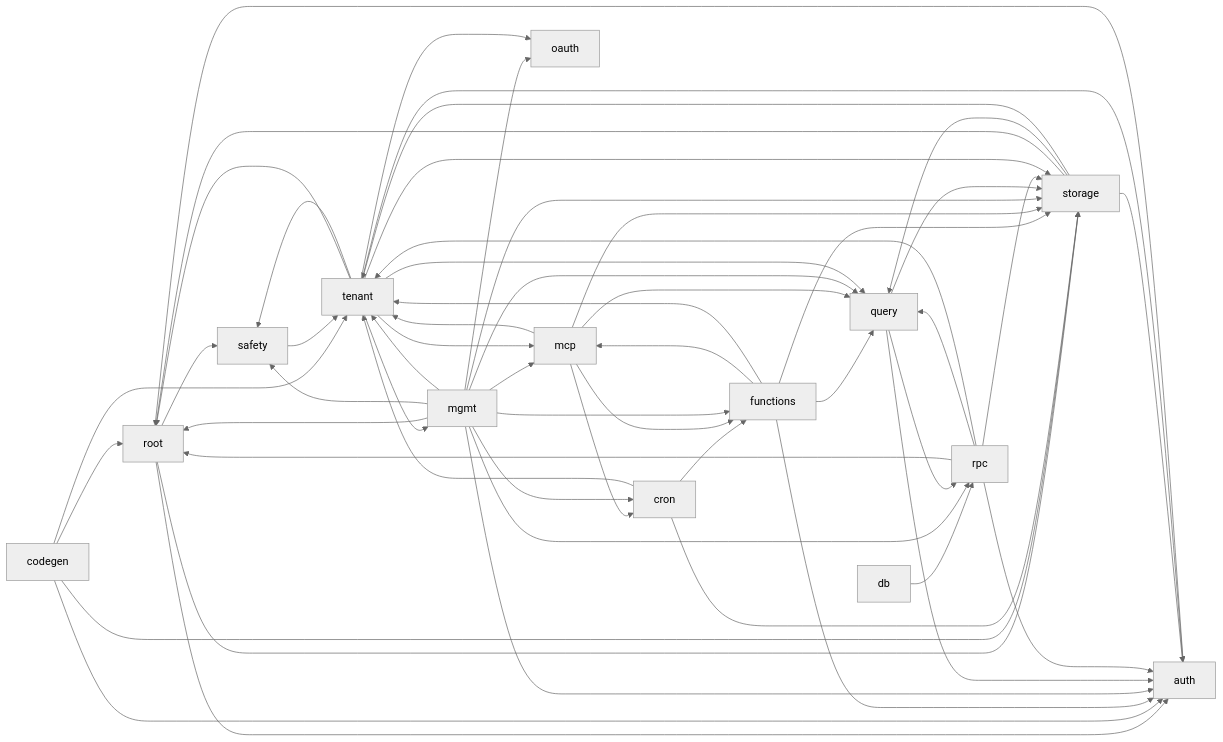
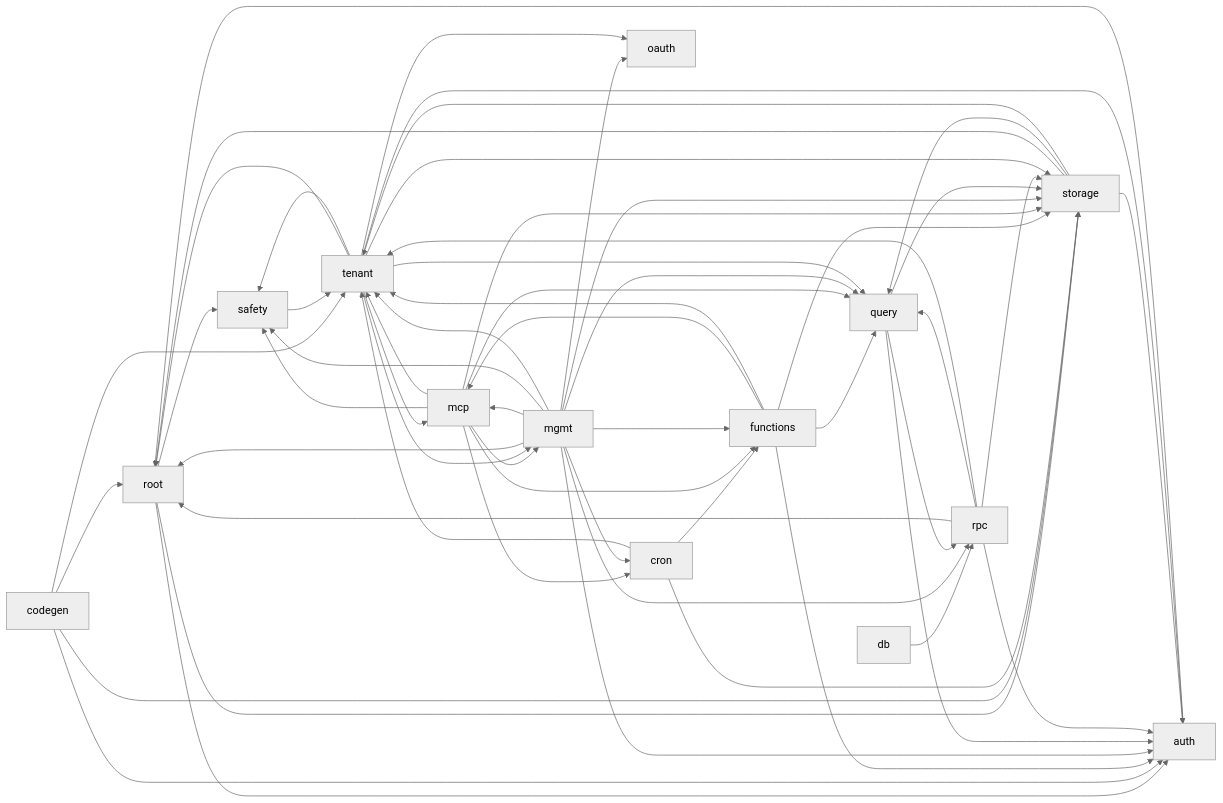
Before and after one commit to KaelLim/drust: the diagram in docs/architecture.md, drawn with Mermaid (neutral theme). The commit also changed other lines of this file and 14 other files, not shown here.

````diff
--- a/docs/architecture.md
+++ b/docs/architecture.md
@@ -42,57 +42,59 @@
 ```mermaid
 graph LR
   root --> auth
   root --> safety
   root --> storage
   auth --> root
   codegen --> root
   codegen --> auth
   codegen --> storage
   codegen --> tenant
   cron --> functions
   cron --> storage
   cron --> tenant
   db --> rpc
   functions --> auth
   functions --> mcp
   functions --> query
   functions --> storage
   functions --> tenant
   mcp --> cron
   mcp --> functions
+  mcp --> mgmt
   mcp --> query
+  mcp --> safety
   mcp --> storage
   mcp --> tenant
   mgmt --> root
   mgmt --> auth
   mgmt --> cron
   mgmt --> functions
   mgmt --> mcp
   mgmt --> oauth
   mgmt --> query
   mgmt --> rpc
   mgmt --> safety
   mgmt --> storage
   mgmt --> tenant
   query --> auth
   query --> rpc
   query --> storage
   rpc --> root
   rpc --> auth
   rpc --> query
   rpc --> storage
   rpc --> tenant
   safety --> tenant
   storage --> root
   storage --> auth
   storage --> query
   storage --> tenant
   tenant --> root
   tenant --> auth
   tenant --> mcp
   tenant --> mgmt
   tenant --> oauth
   tenant --> query
   tenant --> safety
   tenant --> storage
 ```
````
